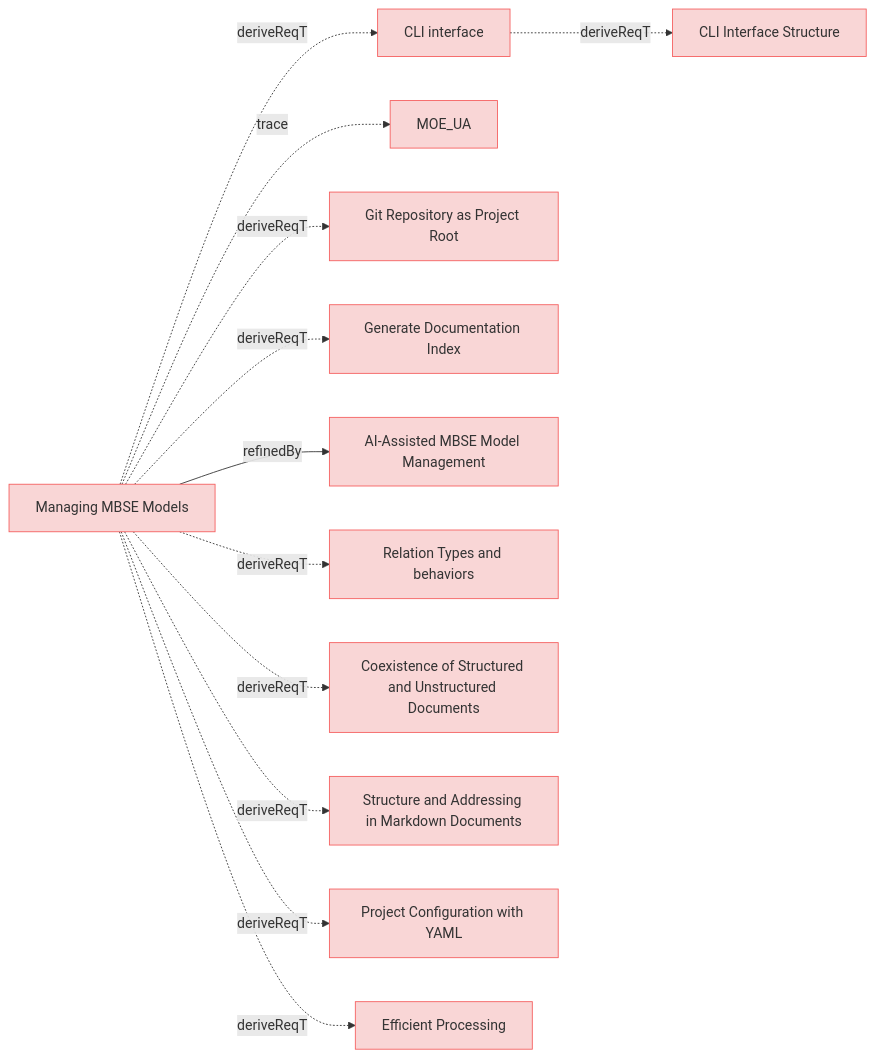
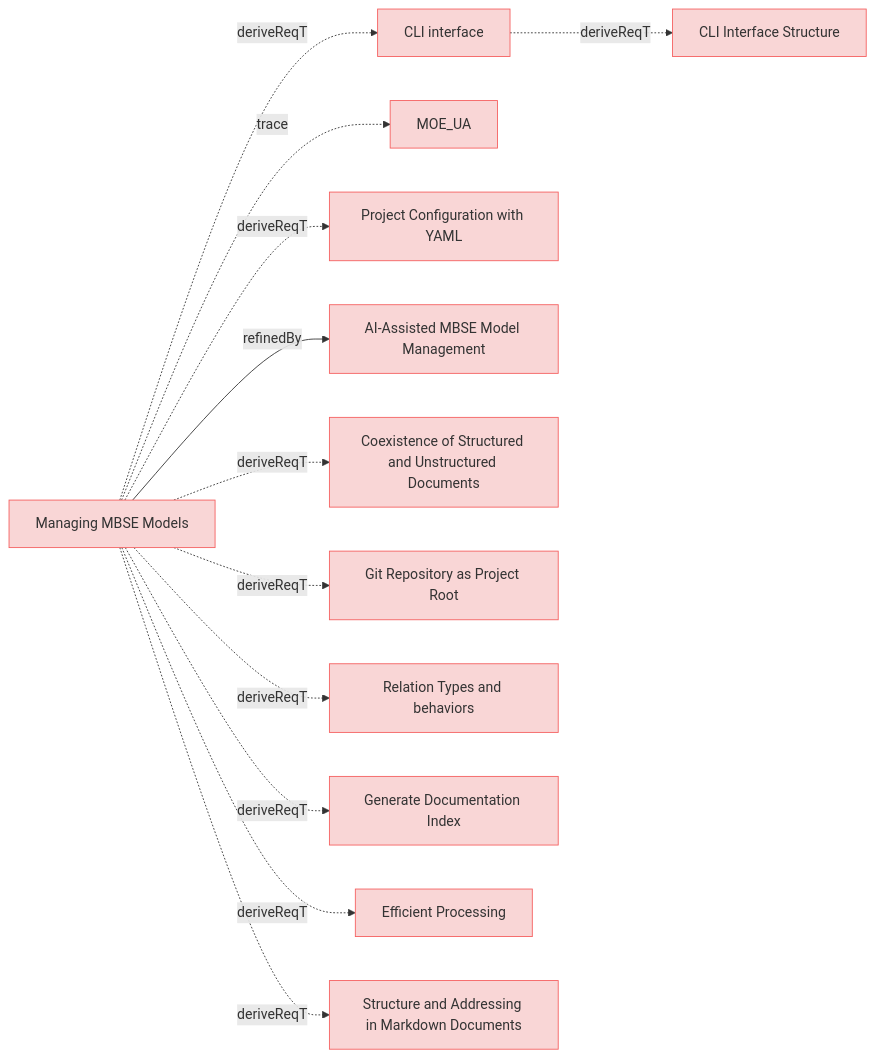
One commit to reqvire-org/reqvire changed the ninth of 9 diagrams in specifications/UserRequirements.md. Above: the diagram before and after it, drawn with Mermaid. The commit also changed other lines of this file and 16 other files, not shown here.

Commit message:
Updates diagrams

````diff
--- a/specifications/UserRequirements.md
+++ b/specifications/UserRequirements.md
@@ -966,57 +966,57 @@
 ```mermaid
 graph LR;
   %% REQVIRE-AUTOGENERATED-DIAGRAM
   %% Graph styling
   classDef requirement fill:#f9d6d6,stroke:#f55f5f,stroke-width:1px;
   classDef verification fill:#d6f9d6,stroke:#5fd75f,stroke-width:1px;
   classDef externalLink fill:#d0e0ff,stroke:#3080ff,stroke-width:1px;
   classDef default fill:#f5f5f5,stroke:#333333,stroke-width:1px;
 
   f28849d46c19af44["CLI interface"];
   class f28849d46c19af44 requirement;
   click f28849d46c19af44 "UserRequirements.md#cli-interface";
   8f22faacdb454b23["CLI Interface Structure"];
   class 8f22faacdb454b23 requirement;
   click 8f22faacdb454b23 "SystemRequirements/Requirements.md#cli-interface-structure";
   f28849d46c19af44 -.->|deriveReqT| 8f22faacdb454b23;
   e61b7c1baa89bfc6["Managing MBSE Models"];
   class e61b7c1baa89bfc6 requirement;
   click e61b7c1baa89bfc6 "UserStories.md#managing-mbse-models";
   2c5f30f14e792200["MOE_UA"];
   class 2c5f30f14e792200 requirement;
   click 2c5f30f14e792200 "MOEs.md#moe_ua";
   e61b7c1baa89bfc6 -.->|trace| 2c5f30f14e792200;
+  16b4b380c917deb1["Project Configuration with YAML"];
+  class 16b4b380c917deb1 requirement;
+  click 16b4b380c917deb1 "ManagingMbseModelsRequirements.md#project-configuration-with-yaml";
+  e61b7c1baa89bfc6 -.->|deriveReqT| 16b4b380c917deb1;
+  e61b7c1baa89bfc6 -.->|deriveReqT| f28849d46c19af44;
+  cd2d5dab49985ca2["AI-Assisted MBSE Model Management"];
+  class cd2d5dab49985ca2 requirement;
+  click cd2d5dab49985ca2 "UserStories.md#ai-assisted-mbse-model-management";
+  e61b7c1baa89bfc6 -->|refinedBy| cd2d5dab49985ca2;
+  f0d721424636370e["Coexistence of Structured and Unstructured Documents"];
+  class f0d721424636370e requirement;
+  click f0d721424636370e "ManagingMbseModelsRequirements.md#coexistence-of-structured-and-unstructured-documents";
+  e61b7c1baa89bfc6 -.->|deriveReqT| f0d721424636370e;
   649d72765b13e14f["Git Repository as Project Root"];
   class 649d72765b13e14f requirement;
   click 649d72765b13e14f "ManagingMbseModelsRequirements.md#git-repository-as-project-root";
   e61b7c1baa89bfc6 -.->|deriveReqT| 649d72765b13e14f;
+  551906d5c51d91d9["Relation Types and behaviors"];
+  class 551906d5c51d91d9 requirement;
+  click 551906d5c51d91d9 "SpecificationsRequirements.md#relation-types-and-behaviors";
+  e61b7c1baa89bfc6 -.->|deriveReqT| 551906d5c51d91d9;
   c2b6c74b77726ad9["Generate Documentation Index"];
   class c2b6c74b77726ad9 requirement;
   click c2b6c74b77726ad9 "UserRequirements.md#generate-documentation-index";
   e61b7c1baa89bfc6 -.->|deriveReqT| c2b6c74b77726ad9;
-  cd2d5dab49985ca2["AI-Assisted MBSE Model Management"];
-  class cd2d5dab49985ca2 requirement;
-  click cd2d5dab49985ca2 "UserStories.md#ai-assisted-mbse-model-management";
-  e61b7c1baa89bfc6 -->|refinedBy| cd2d5dab49985ca2;
-  e61b7c1baa89bfc6 -.->|deriveReqT| f28849d46c19af44;
-  551906d5c51d91d9["Relation Types and behaviors"];
-  class 551906d5c51d91d9 requirement;
-  click 551906d5c51d91d9 "SpecificationsRequirements.md#relation-types-and-behaviors";
-  e61b7c1baa89bfc6 -.->|deriveReqT| 551906d5c51d91d9;
-  f0d721424636370e["Coexistence of Structured and Unstructured Documents"];
-  class f0d721424636370e requirement;
-  click f0d721424636370e "ManagingMbseModelsRequirements.md#coexistence-of-structured-and-unstructured-documents";
-  e61b7c1baa89bfc6 -.->|deriveReqT| f0d721424636370e;
+  d193d11c43776bec["Efficient Processing"];
+  class d193d11c43776bec requirement;
+  click d193d11c43776bec "ManagingMbseModelsRequirements.md#efficient-processing";
+  e61b7c1baa89bfc6 -.->|deriveReqT| d193d11c43776bec;
   ade67c27bc5d3bbd["Structure and Addressing in Markdown Documents"];
   class ade67c27bc5d3bbd requirement;
   click ade67c27bc5d3bbd "SpecificationsRequirements.md#structure-and-addressing-in-markdown-documents";
   e61b7c1baa89bfc6 -.->|deriveReqT| ade67c27bc5d3bbd;
-  16b4b380c917deb1["Project Configuration with YAML"];
-  class 16b4b380c917deb1 requirement;
-  click 16b4b380c917deb1 "ManagingMbseModelsRequirements.md#project-configuration-with-yaml";
-  e61b7c1baa89bfc6 -.->|deriveReqT| 16b4b380c917deb1;
-  d193d11c43776bec["Efficient Processing"];
-  class d193d11c43776bec requirement;
-  click d193d11c43776bec "ManagingMbseModelsRequirements.md#efficient-processing";
-  e61b7c1baa89bfc6 -.->|deriveReqT| d193d11c43776bec;
 ```
````
